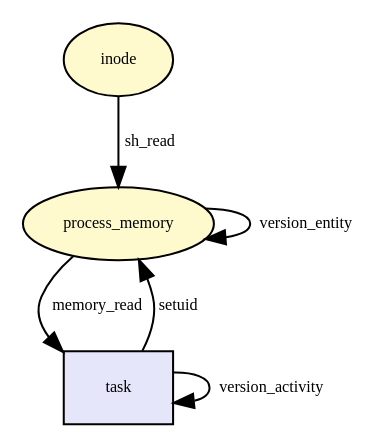
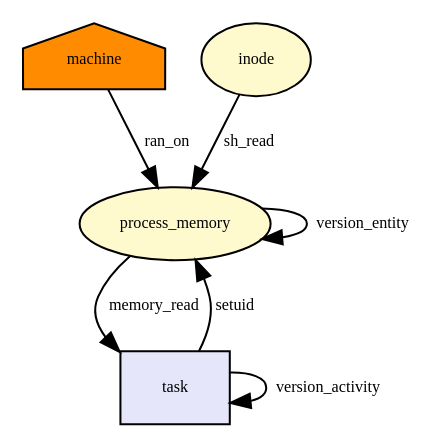
One commit to CamFlow/camflow-dev changed the diagram in docs/dot/task_fix_setuid.dot. Above: the diagram before and after it, drawn with Graphviz. The commit also changed 38 other files, not shown here.

```diff
--- a/docs/dot/task_fix_setuid.dot
+++ b/docs/dot/task_fix_setuid.dot
@@ -1,17 +1,21 @@
-digraph RGL__DirectedAdjacencyGraph {process_memory[fontsize = 8,label = process_memory,shape = ellipse, fillcolor="#fffacd", style = filled]
+digraph RGL__DirectedAdjacencyGraph {machine[fontsize = 8,label = machine,shape = house, fillcolor="#ff8c00", style = filled]
+
+process_memory[fontsize = 8,label = process_memory,shape = ellipse, fillcolor="#fffacd", style = filled]
+
+machine -> process_memory[fontsize = 8,label = ran_on]
 
 task[fontsize = 8,label = task,shape = rectangle, fillcolor="#e6e6fa", style = filled]
 
 process_memory -> task[fontsize = 8,label = memory_read]
 
 task -> process_memory[fontsize = 8,label = setuid]
 
 task -> task[fontsize = 8,label = version_activity]
 
 process_memory -> process_memory[fontsize = 8,label = version_entity]
 
 inode[fontsize = 8,label = inode,shape = ellipse, fillcolor="#fffacd", style = filled]
 
 inode -> process_memory[fontsize = 8,label = sh_read]
 
 }
```
